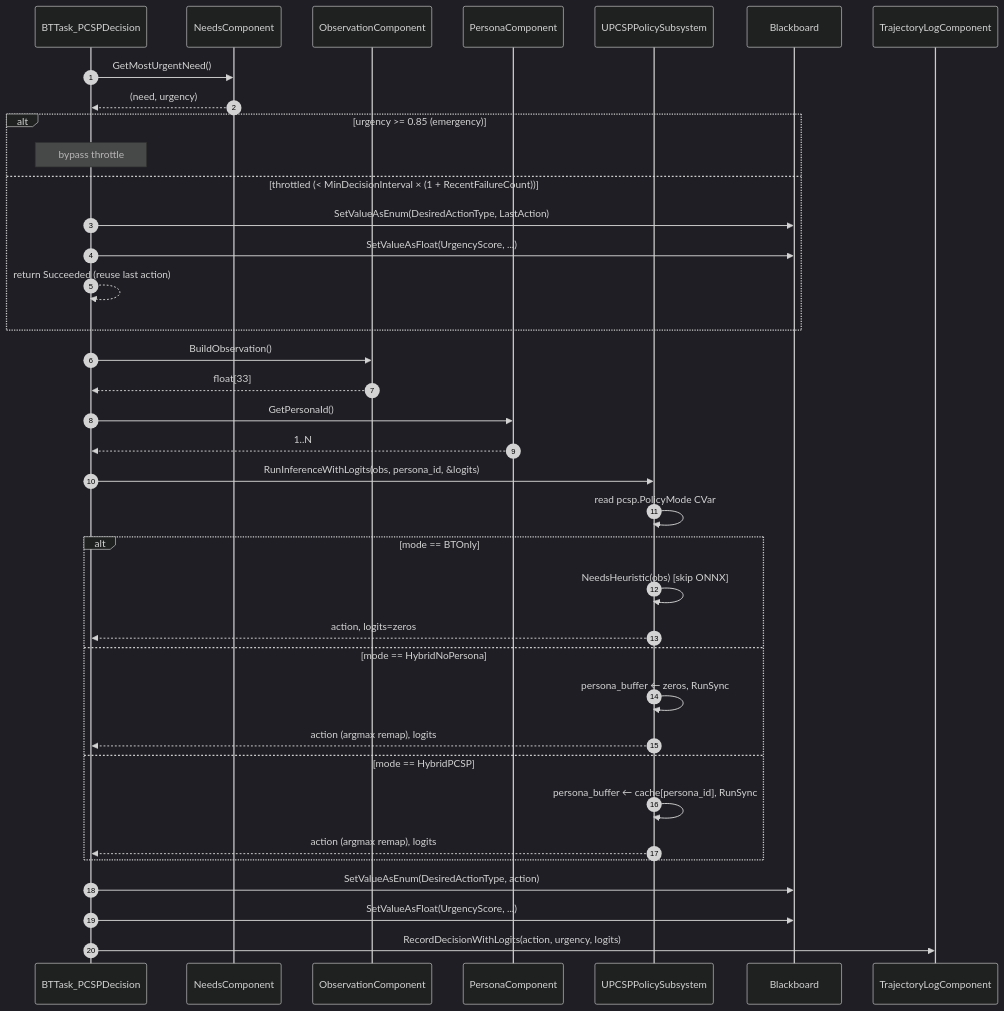
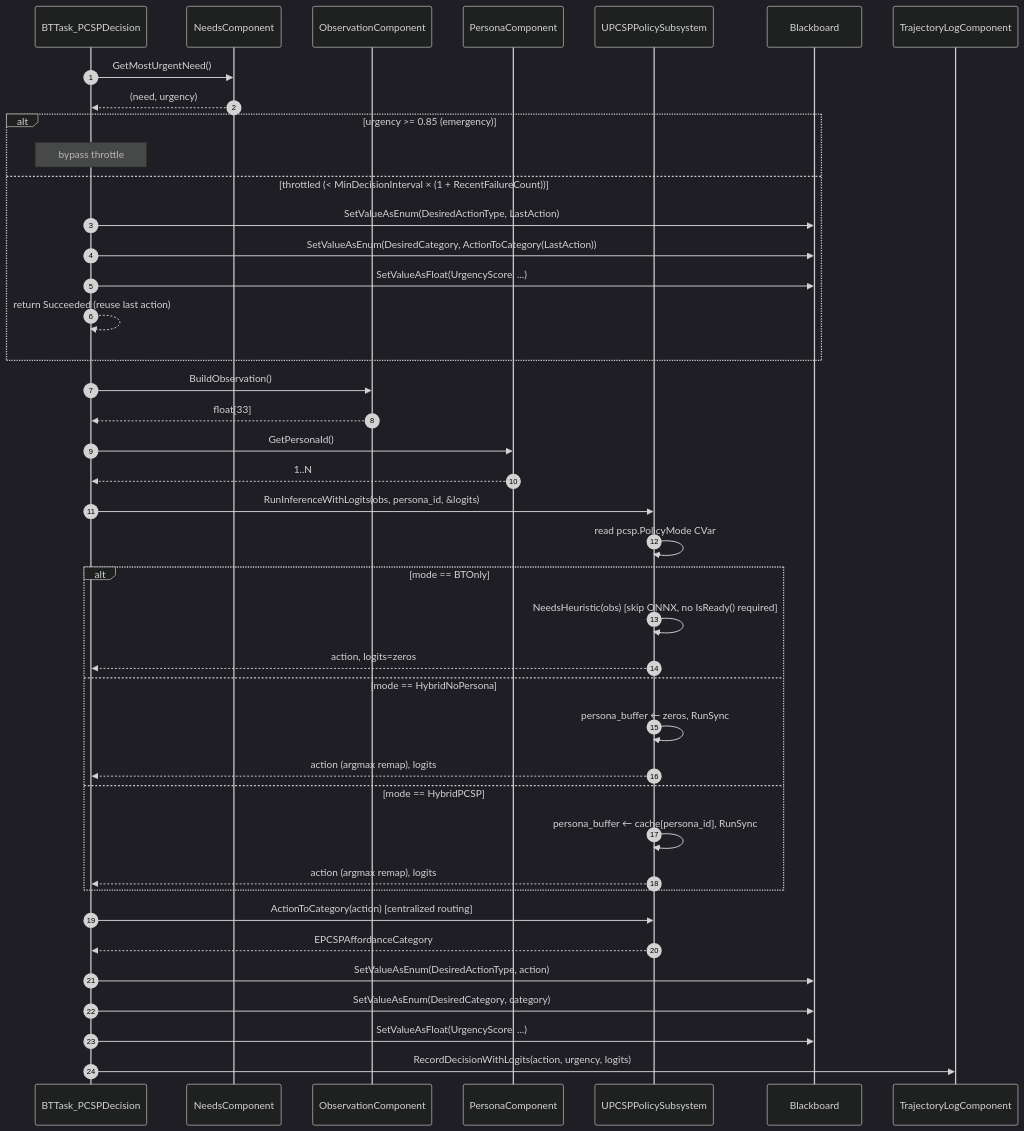
The second of 5 diagrams in ue/cnzoi/docs/portfolio/diagrams.md (yoosunghong/pcsp), drawn with Mermaid (dark theme) before and after one commit. The commit also changed other lines of this file and 276 other files, not shown here.

````diff
--- a/ue/cnzoi/docs/portfolio/diagrams.md
+++ b/ue/cnzoi/docs/portfolio/diagrams.md
@@ -48,40 +48,44 @@
 ```mermaid
 sequenceDiagram
     autonumber
     participant BT as BTTask_PCSPDecision
     participant NC as NeedsComponent
     participant OC as ObservationComponent
     participant PC as PersonaComponent
     participant PS as UPCSPPolicySubsystem
     participant BB as Blackboard
     participant TL as TrajectoryLogComponent
 
     BT->>NC: GetMostUrgentNeed()
     NC-->>BT: (need, urgency)
     alt urgency >= 0.85 (emergency)
         Note over BT: bypass throttle
     else throttled (< MinDecisionInterval × (1 + RecentFailureCount))
         BT->>BB: SetValueAsEnum(DesiredActionType, LastAction)
+        BT->>BB: SetValueAsEnum(DesiredCategory, ActionToCategory(LastAction))
         BT->>BB: SetValueAsFloat(UrgencyScore, ...)
         BT-->>BT: return Succeeded (reuse last action)
     end
     BT->>OC: BuildObservation()
     OC-->>BT: float[33]
     BT->>PC: GetPersonaId()
     PC-->>BT: 1..N
     BT->>PS: RunInferenceWithLogits(obs, persona_id, &logits)
     PS->>PS: read pcsp.PolicyMode CVar
     alt mode == BTOnly
-        PS->>PS: NeedsHeuristic(obs) [skip ONNX]
+        PS->>PS: NeedsHeuristic(obs) [skip ONNX, no IsReady() required]
         PS-->>BT: action, logits=zeros
     else mode == HybridNoPersona
         PS->>PS: persona_buffer ← zeros, RunSync
         PS-->>BT: action (argmax remap), logits
     else mode == HybridPCSP
         PS->>PS: persona_buffer ← cache[persona_id], RunSync
         PS-->>BT: action (argmax remap), logits
     end
+    BT->>PS: ActionToCategory(action) [centralized routing]
+    PS-->>BT: EPCSPAffordanceCategory
     BT->>BB: SetValueAsEnum(DesiredActionType, action)
+    BT->>BB: SetValueAsEnum(DesiredCategory, category)
     BT->>BB: SetValueAsFloat(UrgencyScore, ...)
     BT->>TL: RecordDecisionWithLogits(action, urgency, logits)
 ```
````
